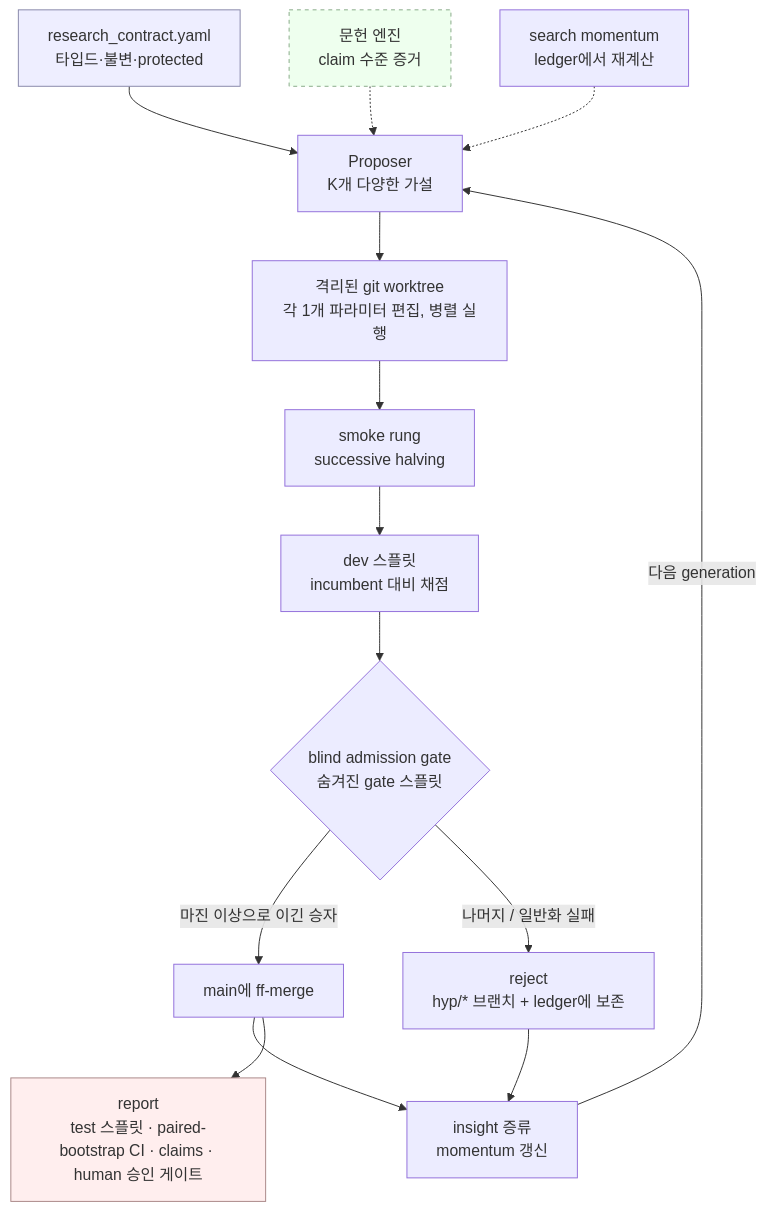
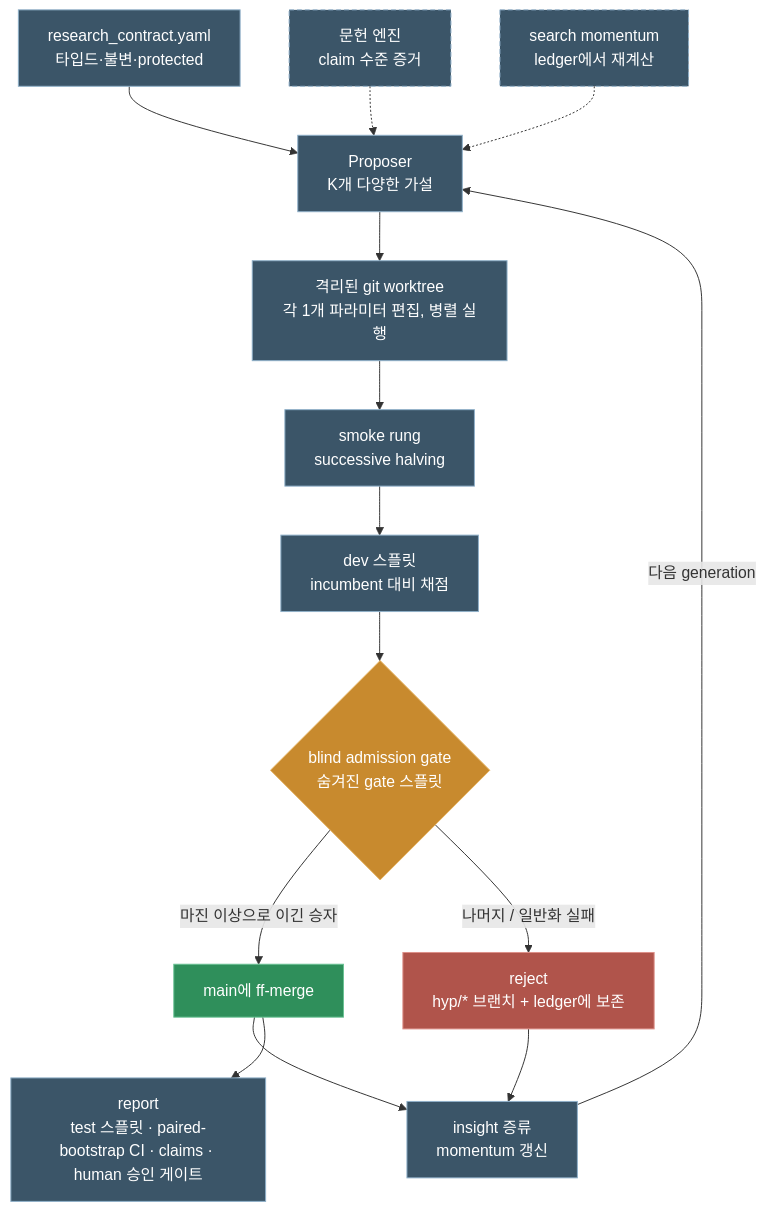
One commit to Gyubin/autoresearch changed the diagram in README.ko.md. Above: the diagram before and after it, drawn with Mermaid. The commit also changed 1 other file, not shown here.

Commit message:
docs: recolor the overview diagram for cross-theme readability
Every node now carries an explicit fill + white text (slate pipeline, amber
gate, green accept, red reject), so the diagram reads as one system on both
GitHub light and dark themes instead of mixing pastel and theme-default nodes.

````diff
--- a/README.ko.md
+++ b/README.ko.md
@@ -23,20 +23,22 @@
 ```mermaid
 flowchart TD
-    C[research_contract.yaml<br/>타입드·불변·protected]:::frozen --> P
-    L[문헌 엔진<br/>claim 수준 증거]:::opt -.-> P
-    M[search momentum<br/>ledger에서 재계산] -.-> P
-    P[Proposer<br/>K개 다양한 가설] --> W[격리된 git worktree<br/>각 1개 파라미터 편집, 병렬 실행]
-    W --> SM[smoke rung<br/>successive halving]
-    SM --> DEV[dev 스플릿<br/>incumbent 대비 채점]
-    DEV --> GATE{blind admission gate<br/>숨겨진 gate 스플릿}
-    GATE -->|마진 이상으로 이긴 승자| MERGE[main에 ff-merge]
-    GATE -->|나머지 / 일반화 실패| REJ[reject<br/>hyp/* 브랜치 + ledger에 보존]
-    MERGE --> INS[insight 증류<br/>momentum 갱신]
+    C[research_contract.yaml<br/>타입드·불변·protected]:::base --> P
+    L[문헌 엔진<br/>claim 수준 증거]:::optin -.-> P
+    M[search momentum<br/>ledger에서 재계산]:::optin -.-> P
+    P[Proposer<br/>K개 다양한 가설]:::base --> W[격리된 git worktree<br/>각 1개 파라미터 편집, 병렬 실행]:::base
+    W --> SM[smoke rung<br/>successive halving]:::base
+    SM --> DEV[dev 스플릿<br/>incumbent 대비 채점]:::base
+    DEV --> GATE{blind admission gate<br/>숨겨진 gate 스플릿}:::gate
+    GATE -->|마진 이상으로 이긴 승자| MERGE[main에 ff-merge]:::win
+    GATE -->|나머지 / 일반화 실패| REJ[reject<br/>hyp/* 브랜치 + ledger에 보존]:::rej
+    MERGE --> INS[insight 증류<br/>momentum 갱신]:::base
     REJ --> INS
     INS -->|다음 generation| P
-    MERGE --> REP[report<br/>test 스플릿 · paired-bootstrap CI · claims · human 승인 게이트]:::seal
+    MERGE --> REP[report<br/>test 스플릿 · paired-bootstrap CI · claims · human 승인 게이트]:::base
 
-    classDef frozen fill:#eef,stroke:#88a;
-    classDef opt fill:#efe,stroke:#8a8,stroke-dasharray:4;
-    classDef seal fill:#fee,stroke:#a88;
+    classDef base fill:#3b5568,stroke:#8fb0c9,color:#ffffff;
+    classDef optin fill:#3b5568,stroke:#8fb0c9,color:#ffffff,stroke-dasharray:5 3;
+    classDef gate fill:#c88a2e,stroke:#e6b566,color:#ffffff;
+    classDef win fill:#2f8f5b,stroke:#69c294,color:#ffffff;
+    classDef rej fill:#b0544b,stroke:#dd9089,color:#ffffff;
 ```
````
